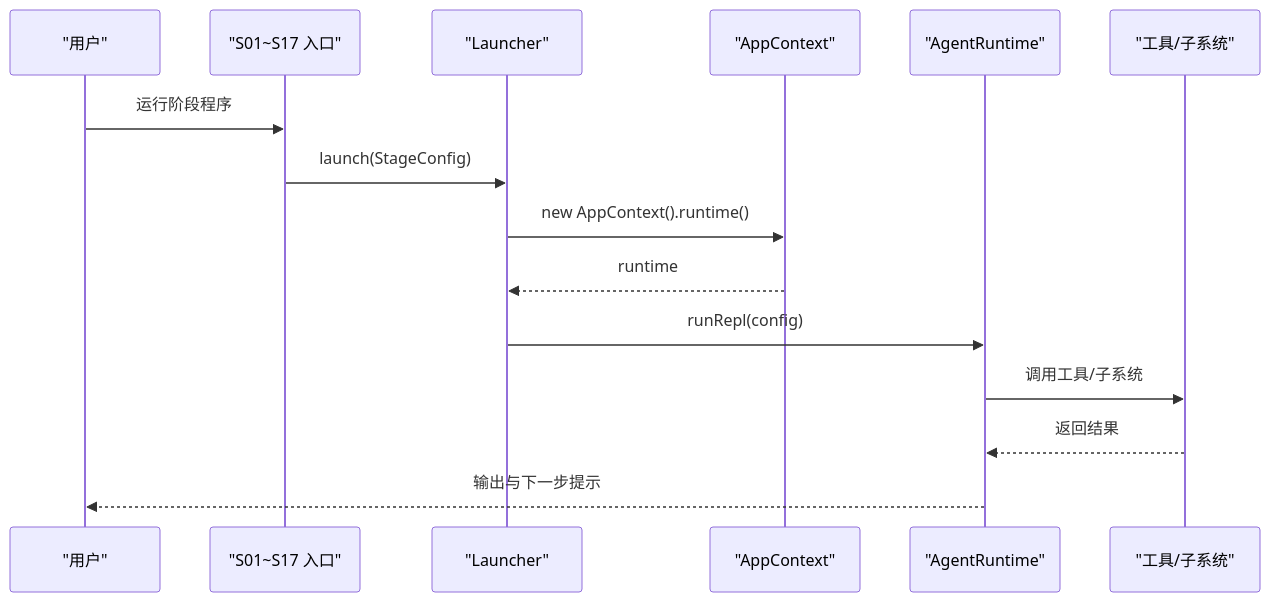
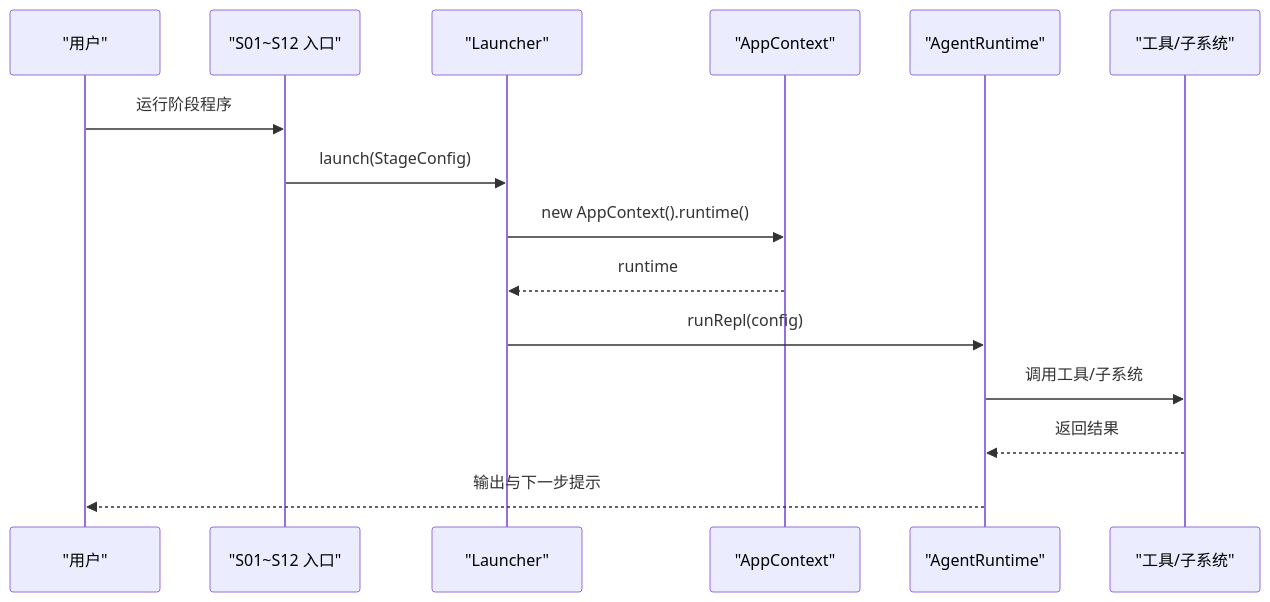
One commit to chenlds1994/learn-claude-code-java changed the second of 3 diagrams in .qoder/repowiki/zh/content/学习阶段详解/学习阶段详解.md. Above: the diagram before and after it, drawn with Mermaid. The commit also changed other lines of this file and 143 other files, not shown here.

First line of the commit message:
更新 repowiki 与 drawio 教程图至 17 阶段结构

````diff
--- a/.qoder/repowiki/zh/content/学习阶段详解/学习阶段详解.md
+++ b/.qoder/repowiki/zh/content/学习阶段详解/学习阶段详解.md
@@ -89,17 +82,17 @@
 ```mermaid
 sequenceDiagram
 participant U as "用户"
-participant E as "S01~S17 入口"
+participant E as "S01~S12 入口"
 participant L as "Launcher"
 participant AC as "AppContext"
 participant RT as "AgentRuntime"
 participant T as "工具/子系统"
 U->>E : 运行阶段程序
 E->>L : launch(StageConfig)
 L->>AC : new AppContext().runtime()
 AC-->>L : runtime
 L->>RT : runRepl(config)
 RT->>T : 调用工具/子系统
 T-->>RT : 返回结果
 RT-->>U : 输出与下一步提示
 ```
````
